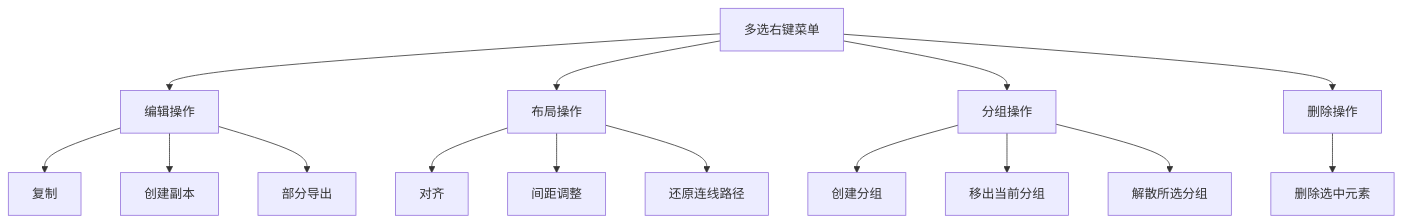
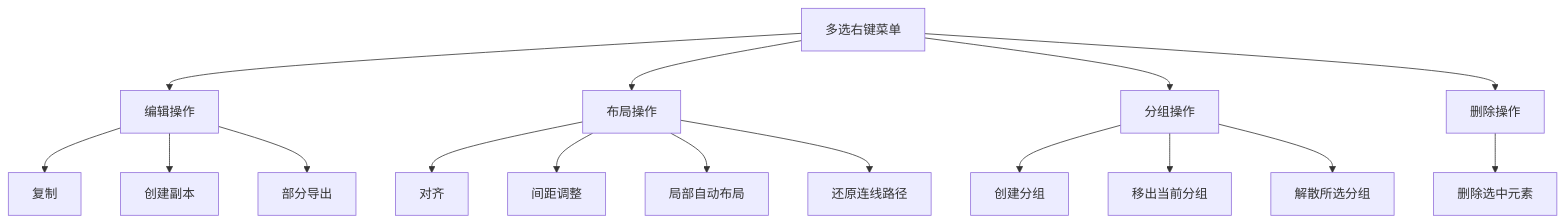
The fourth of 9 diagrams in .qoder/repowiki/zh/content/工作流编辑器/多选右键上下文菜单系统.md (kqcoxn/MaaPipelineEditor), drawn with Mermaid before and after one commit. The commit also changed other lines of this file and 35 other files, not shown here.

````diff
--- a/.qoder/repowiki/zh/content/工作流编辑器/多选右键上下文菜单系统.md
+++ b/.qoder/repowiki/zh/content/工作流编辑器/多选右键上下文菜单系统.md
@@ -161,17 +169,18 @@
 ```mermaid
 graph TD
 A[多选右键菜单] --> B[编辑操作]
 A --> C[布局操作]
 A --> D[分组操作]
 A --> E[删除操作]
 B --> B1[复制]
 B --> B2[创建副本]
 B --> B3[部分导出]
 C --> C1[对齐]
 C --> C2[间距调整]
-C --> C3[还原连线路径]
+C --> C3[局部自动布局]
+C --> C4[还原连线路径]
 D --> D1[创建分组]
 D --> D2[移出当前分组]
 D --> D3[解散所选分组]
 E --> E1[删除选中元素]
 ```
````
